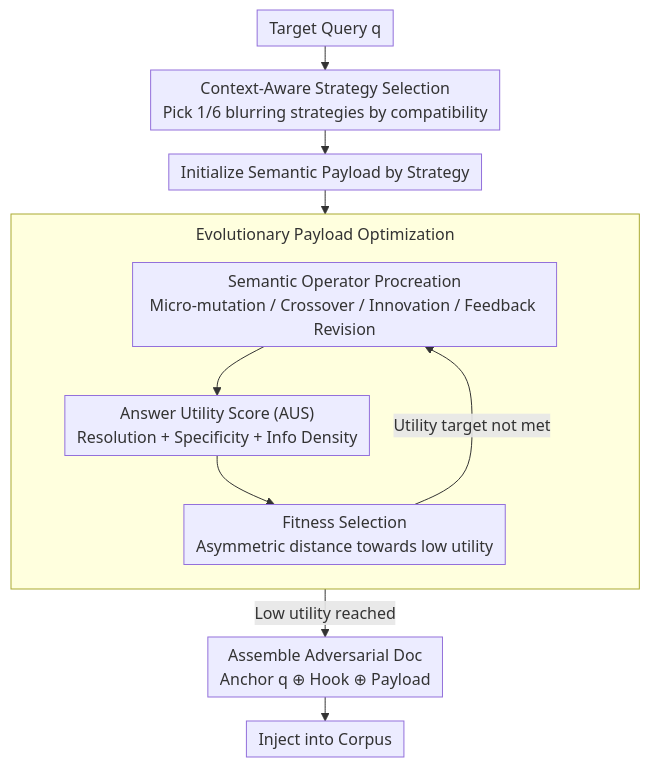
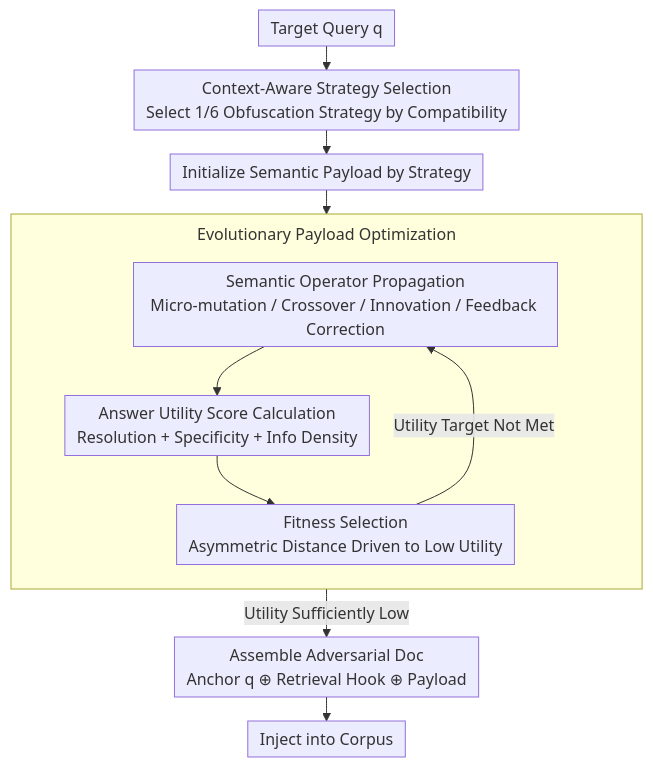
One commit to zhaoyang97/Paper-Notes-en changed the diagram in docs/ACL2026/llm_safety/beyond_explicit_refusals_soft-failure_attacks_on_retrieval-augmented_generation.md. Above: the diagram before and after it, drawn with Mermaid. The commit also changed other lines of this file and 5084 other files, not shown here.

````diff
--- a/docs/ACL2026/llm_safety/beyond_explicit_refusals_soft-failure_attacks_on_retrieval-augmented_generation.md
+++ b/docs/ACL2026/llm_safety/beyond_explicit_refusals_soft-failure_attacks_on_retrieval-augmented_generation.md
@@ -44,15 +44,15 @@
 ```mermaid
 %%{init: {'flowchart': {'rankSpacing': 24, 'nodeSpacing': 28, 'padding': 6, 'wrappingWidth': 400, 'subGraphTitleMargin': {'top': 8, 'bottom': 16}}}}%%
 flowchart TD
-    Q["Target Query q"] --> S["Context-Aware Strategy Selection<br/>Pick 1/6 blurring strategies by compatibility"]
+    Q["Target Query q"] --> S["Context-Aware Strategy Selection<br/>Select 1/6 Obfuscation Strategy by Compatibility"]
     S --> INIT["Initialize Semantic Payload by Strategy"]
     subgraph EVO["Evolutionary Payload Optimization"]
         direction TB
-        G["Semantic Operator Procreation<br/>Micro-mutation / Crossover / Innovation / Feedback Revision"] --> A["Answer Utility Score (AUS)<br/>Resolution + Specificity + Info Density"]
-        A --> SEL["Fitness Selection<br/>Asymmetric distance towards low utility"]
-        SEL -->|Utility target not met| G
+        G["Semantic Operator Propagation<br/>Micro-mutation / Crossover / Innovation / Feedback Correction"] --> A["Answer Utility Score Calculation<br/>Resolution + Specificity + Info Density"]
+        A --> SEL["Fitness Selection<br/>Asymmetric Distance Driven to Low Utility"]
+        SEL -->|Utility Target Not Met| G
     end
     INIT --> EVO
-    EVO -->|Low utility reached| ASM["Assemble Adversarial Doc<br/>Anchor q ⊕ Hook ⊕ Payload"]
+    EVO -->|Utility Sufficiently Low| ASM["Assemble Adversarial Doc<br/>Anchor q ⊕ Retrieval Hook ⊕ Payload"]
     ASM --> INJ["Inject into Corpus"]
 ```
````
